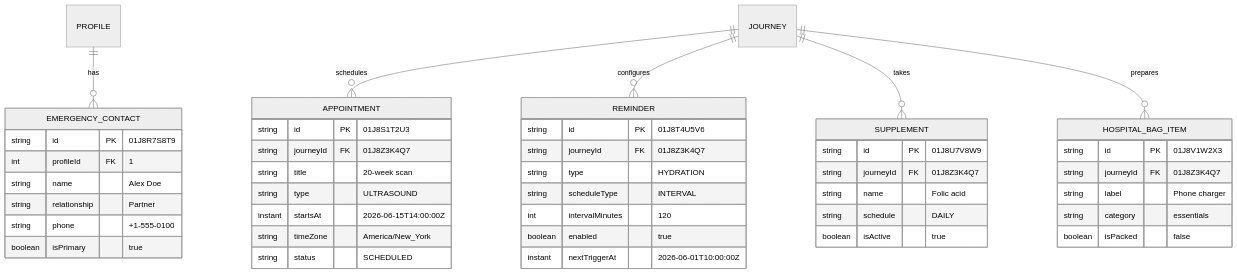
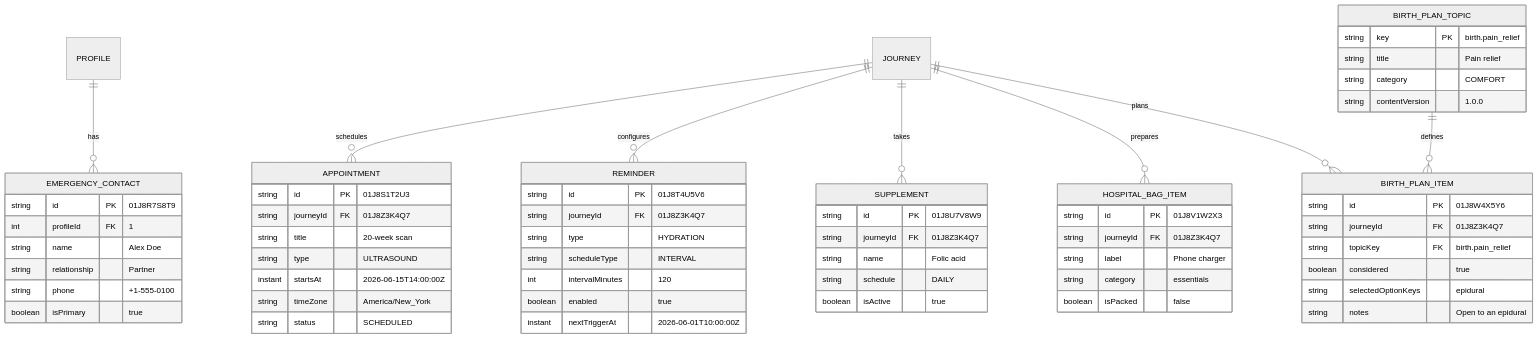
One commit to headache-sh2l/cocobean changed the sixth of 10 diagrams in docs/domain-model-entity-relation.md. Above: the diagram before and after it, drawn with Mermaid (neutral theme). The commit also changed other lines of this file and 11 other files, not shown here.

Commit message:
Birth plan

````diff
--- a/docs/domain-model-entity-relation.md
+++ b/docs/domain-model-entity-relation.md
@@ -240,49 +240,65 @@
 ```mermaid
 erDiagram
     PROFILE ||--o{ EMERGENCY_CONTACT : has
     JOURNEY ||--o{ APPOINTMENT : schedules
     JOURNEY ||--o{ REMINDER : configures
     JOURNEY ||--o{ SUPPLEMENT : takes
     JOURNEY ||--o{ HOSPITAL_BAG_ITEM : prepares
+    JOURNEY ||--o{ BIRTH_PLAN_ITEM : plans
+    BIRTH_PLAN_TOPIC ||--o{ BIRTH_PLAN_ITEM : defines
 
     EMERGENCY_CONTACT {
         string id PK "01J8R7S8T9"
         int profileId FK "1"
         string name "Alex Doe"
         string relationship "Partner"
         string phone "+1-555-0100"
         boolean isPrimary "true"
     }
     APPOINTMENT {
         string id PK "01J8S1T2U3"
         string journeyId FK "01J8Z3K4Q7"
         string title "20-week scan"
         string type "ULTRASOUND"
         instant startsAt "2026-06-15T14:00:00Z"
         string timeZone "America/New_York"
         string status "SCHEDULED"
     }
     REMINDER {
         string id PK "01J8T4U5V6"
         string journeyId FK "01J8Z3K4Q7"
         string type "HYDRATION"
         string scheduleType "INTERVAL"
         int intervalMinutes "120"
         boolean enabled "true"
         instant nextTriggerAt "2026-06-01T10:00:00Z"
     }
     SUPPLEMENT {
         string id PK "01J8U7V8W9"
         string journeyId FK "01J8Z3K4Q7"
         string name "Folic acid"
         string schedule "DAILY"
         boolean isActive "true"
     }
     HOSPITAL_BAG_ITEM {
         string id PK "01J8V1W2X3"
         string journeyId FK "01J8Z3K4Q7"
         string label "Phone charger"
         string category "essentials"
         boolean isPacked "false"
     }
+    BIRTH_PLAN_TOPIC {
+        string key PK "birth.pain_relief"
+        string title "Pain relief"
+        string category "COMFORT"
+        string contentVersion "1.0.0"
+    }
+    BIRTH_PLAN_ITEM {
+        string id PK "01J8W4X5Y6"
+        string journeyId FK "01J8Z3K4Q7"
+        string topicKey FK "birth.pain_relief"
+        boolean considered "true"
+        string selectedOptionKeys "epidural"
+        string notes "Open to an epidural"
+    }
 ```
````
